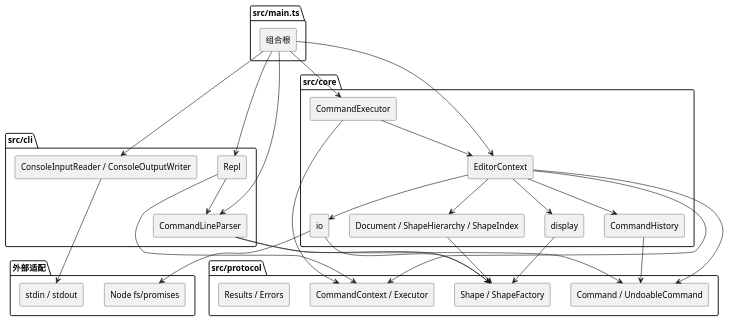
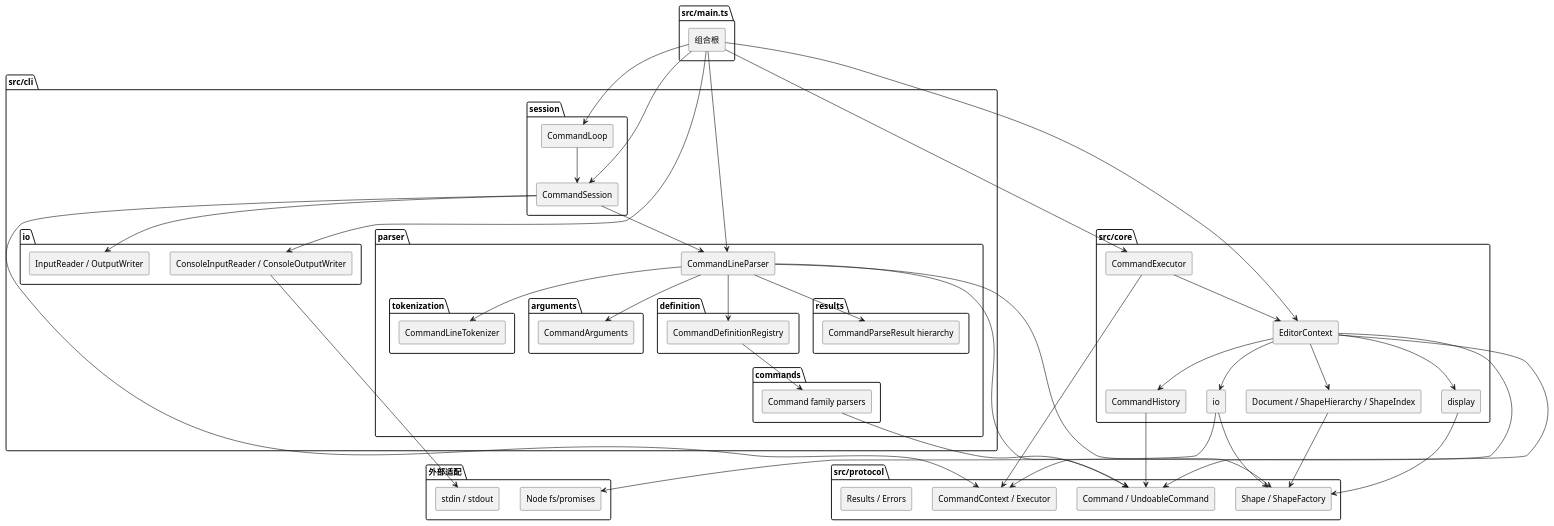
The diagram in doc/README.md (zhao-jingyan/SVG-Editor), drawn with PlantUML before and after one commit. The commit also changed other lines of this file and 2 other files, not shown here.

Commit message:
docs(cli): 同步会话与解析架构说明

```diff
--- a/doc/README.md
+++ b/doc/README.md
@@ -37,9 +39,32 @@
 }
 
 package "src/cli" {
-  [Repl] as Repl
-  [CommandLineParser] as Parser
-  [ConsoleInputReader / ConsoleOutputWriter] as Console
+  package "session" {
+    [CommandLoop] as Loop
+    [CommandSession] as Session
+  }
+  package "parser" {
+    [CommandLineParser] as Parser
+    package "tokenization" {
+      [CommandLineTokenizer] as Tokenizer
+    }
+    package "arguments" {
+      [CommandArguments] as Arguments
+    }
+    package "definition" {
+      [CommandDefinitionRegistry] as Registry
+    }
+    package "commands" {
+      [Command family parsers] as CommandParsers
+    }
+    package "results" {
+      [CommandParseResult hierarchy] as ParseResults
+    }
+  }
+  package "io" {
+    [InputReader / OutputWriter] as IOPorts
+    [ConsoleInputReader / ConsoleOutputWriter] as Console
+  }
 }
 
 package "src/protocol" {
@@ -63,13 +88,22 @@
   [stdin / stdout] as Stdio
 }
 
-Main --> Repl
+Main --> Loop
+Main --> Session
 Main --> Parser
 Main --> Console
 Main --> Executor
 Main --> Context
-Repl --> Parser
-Repl --> Ports
+Loop --> Session
+Session --> IOPorts
+Session --> Parser
+Session --> Ports
+Parser --> Registry
+Parser --> Tokenizer
+Parser --> Arguments
+Parser --> ParseResults
+Registry --> CommandParsers
+CommandParsers --> Command
 Parser --> Command
 Parser --> Shapes
 Executor --> Ports
```
